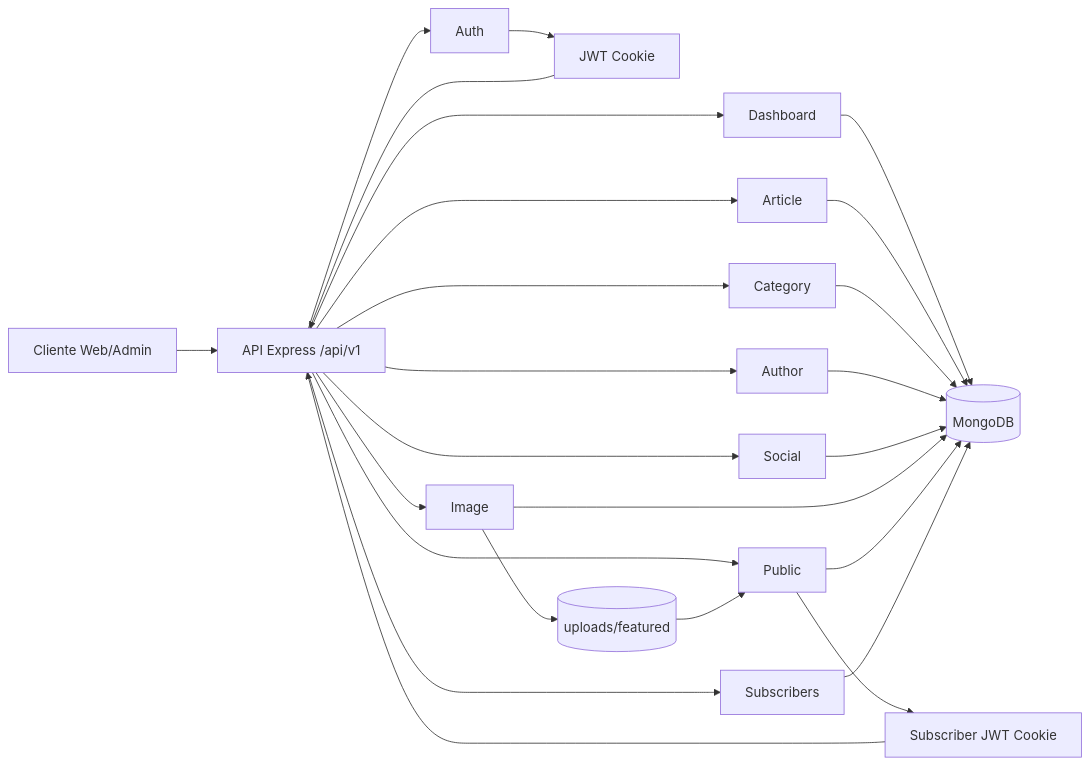
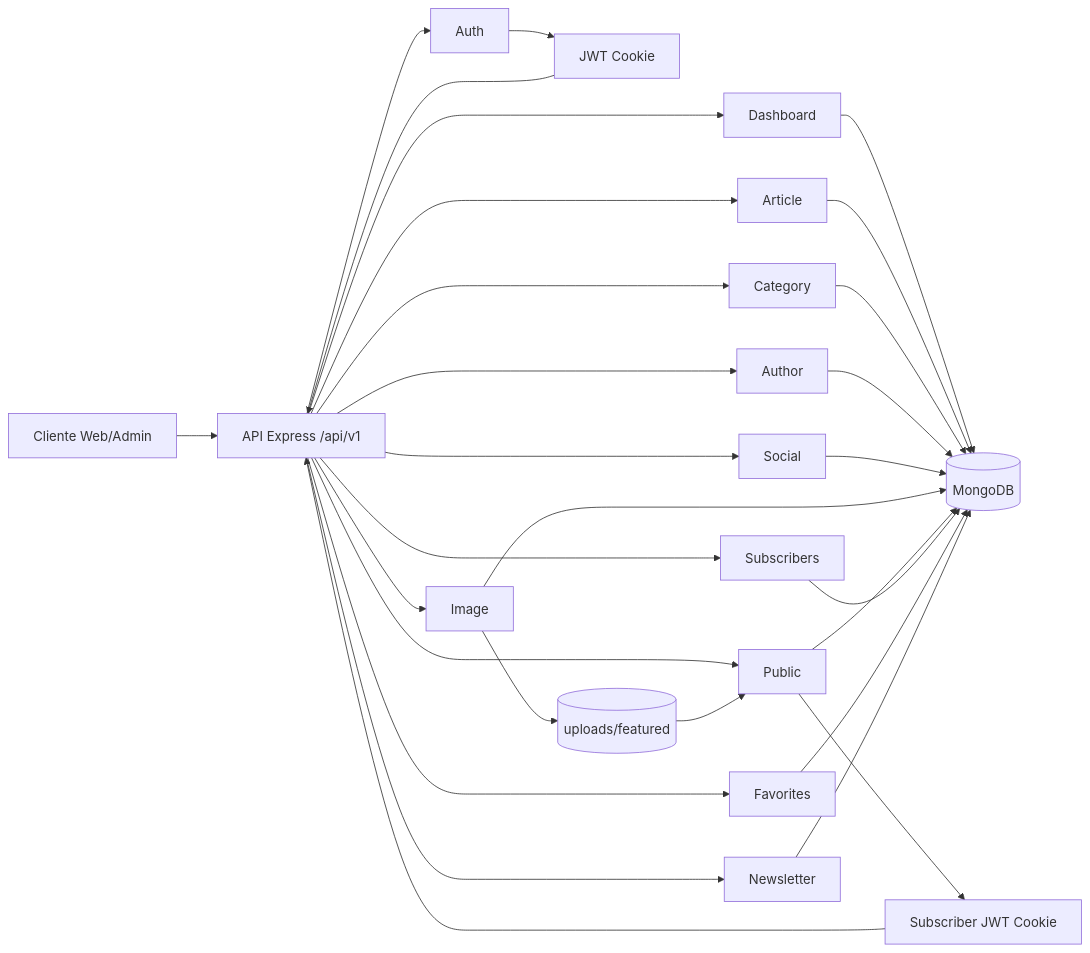
The first of 2 diagrams in docs/endpionts.md (carlosbrisenoDev/periodico), drawn with Mermaid before and after one commit. The commit also changed other lines of this file and 13 other files, not shown here.

````diff
--- a/docs/endpionts.md
+++ b/docs/endpionts.md
@@ -19,30 +21,34 @@
 ```mermaid
 flowchart LR
   C[Cliente Web/Admin] --> A[API Express /api/v1]
   A --> M1[Auth]
   A --> M2[Dashboard]
   A --> M3[Article]
   A --> M4[Category]
   A --> M5[Author]
   A --> M6[Social]
   A --> M7[Image]
   A --> M8[Public]
   A --> M9[Subscribers]
+  A --> M10[Favorites]
+  A --> M11[Newsletter]
 
   M1 --> J[JWT Cookie]
   M8 --> SJ[Subscriber JWT Cookie]
   J --> A
   SJ --> A
 
   M2 --> DB[(MongoDB)]
   M3 --> DB
   M4 --> DB
   M5 --> DB
   M6 --> DB
   M7 --> DB
   M8 --> DB
   M9 --> DB
+  M10 --> DB
+  M11 --> DB
 
   M7 --> FS[(uploads/featured)]
   FS --> M8
 ```
````
